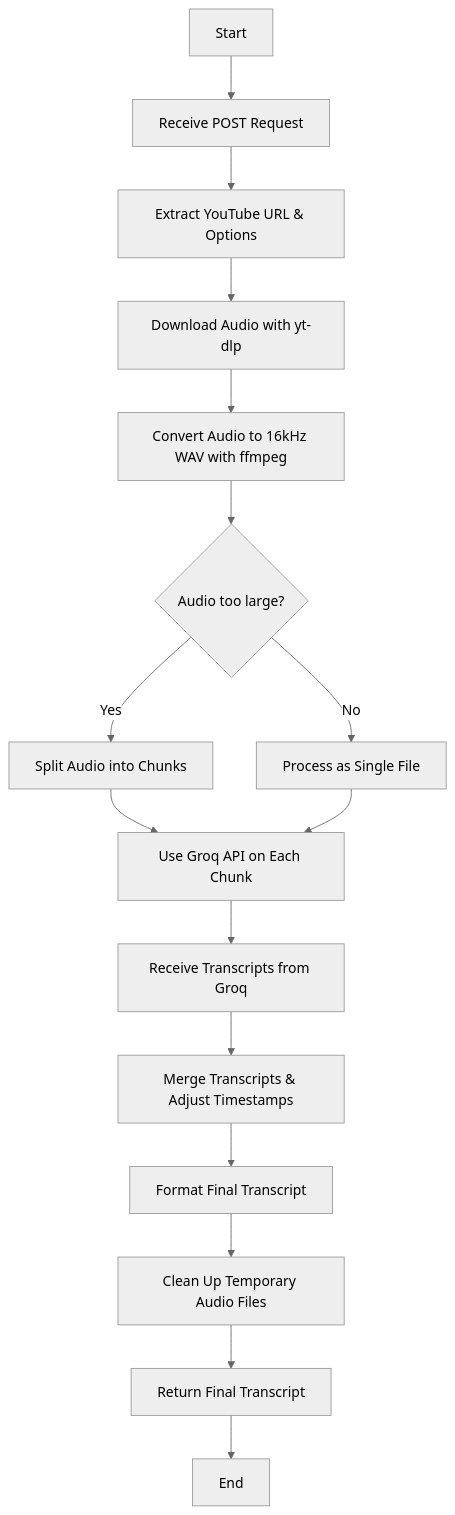
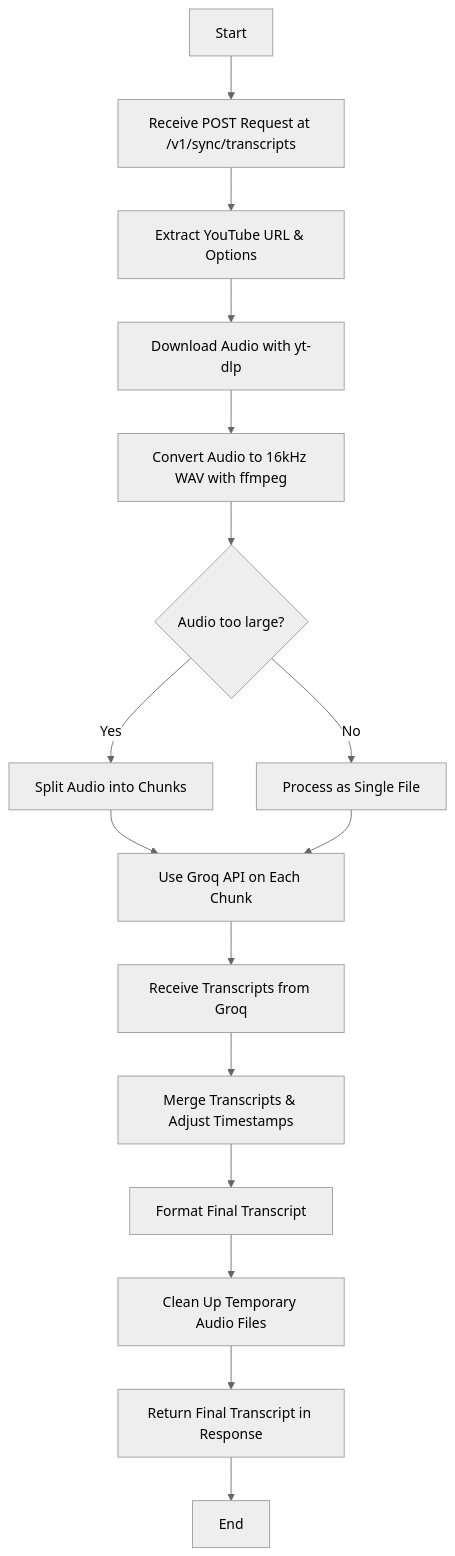
Before and after one commit to devtitus/YouTube-Transcripts-Using-Whisper: the first of 2 diagrams in WORKFLOW.md, drawn with Mermaid (neutral theme). The commit also changed other lines of this file and 14 other files, not shown here.

````diff
--- a/WORKFLOW.md
+++ b/WORKFLOW.md
@@ -9,18 +9,18 @@
 ```mermaid
 graph TD
-    A[Start] --> B[Receive POST Request];
+    A[Start] --> B[Receive POST Request at /v1/sync/transcripts];
     B --> C[Extract YouTube URL & Options];
     C --> D[Download Audio with yt-dlp];
     D --> E[Convert Audio to 16kHz WAV with ffmpeg];
     E --> F{Audio too large?};
     F -- Yes --> G[Split Audio into Chunks];
     F -- No --> H[Process as Single File];
     G --> I[Use Groq API on Each Chunk];
     H --> I;
     I --> J[Receive Transcripts from Groq];
     J --> K[Merge Transcripts & Adjust Timestamps];
     K --> L[Format Final Transcript];
     L --> M[Clean Up Temporary Audio Files];
-    M --> N[Return Final Transcript];
+    M --> N[Return Final Transcript in Response];
     N --> O[End];
 ```
````
